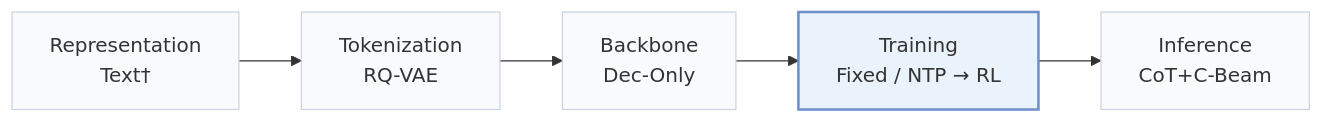
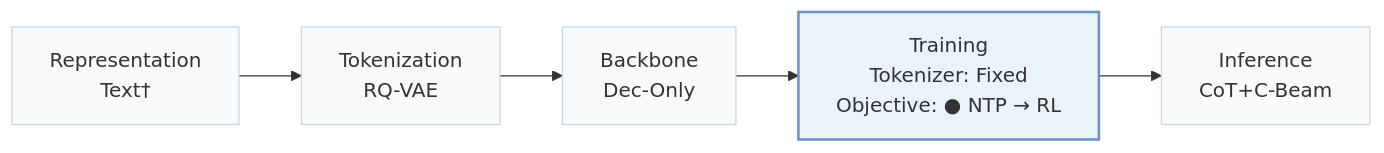
The first of 2 diagrams in pages/papers/retrieval-grounded-credit.md (Galaxy-ghost/Awesome-SID-Generative-Rec), drawn with Mermaid before and after one commit. The commit also changed other lines of this file and 558 other files, not shown here.

````diff
--- a/pages/papers/retrieval-grounded-credit.md
+++ b/pages/papers/retrieval-grounded-credit.md
@@ -15,8 +18,8 @@
 ```mermaid
 flowchart LR
-    R["Representation<br/>Text†"] --> T["Tokenization<br/>RQ-VAE"] --> B["Backbone<br/>Dec-Only"] --> TR["Training<br/>Fixed / NTP → RL"] --> I["Inference<br/>CoT+C-Beam"]
+    R["Representation<br/>Text†"] --> T["Tokenization<br/>RQ-VAE"] --> B["Backbone<br/>Dec-Only"] --> TR["Training<br/>Tokenizer: Fixed<br/>Objective: ● NTP → RL"] --> I["Inference<br/>CoT+C-Beam"]
     classDef base fill:#f8fafc,stroke:#cbd5e1
     class R,T,B,TR,I base
     classDef main fill:#eaf2fb,stroke:#6b8fc7,stroke-width:2px
     class TR main
 ```
````
